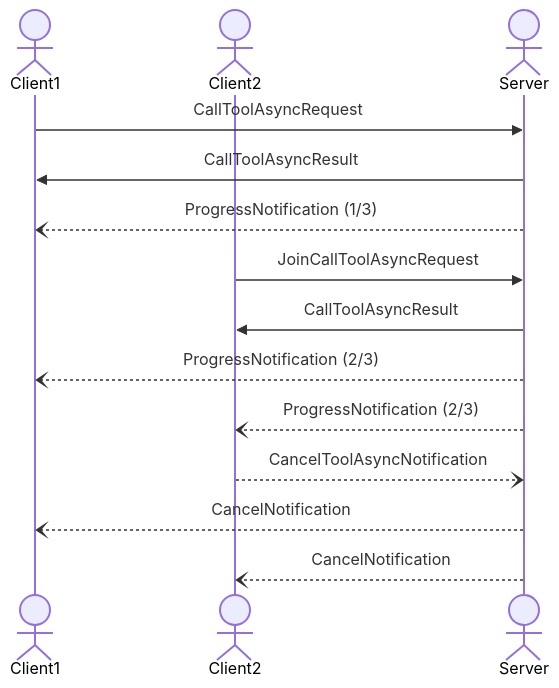
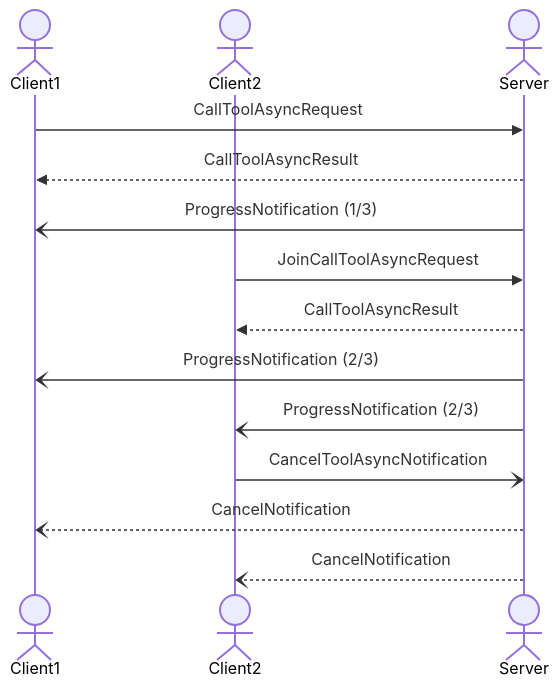
Before and after one commit to modelcontextprotocol/specification: the fourth of 4 diagrams in docs/specification/draft/basic/async.mdx, drawn with Mermaid. The commit also changed other lines of this file, not shown here.

Commit message:
add clarifying point about security to protocol requirements, also tweeked line style for mermaid diagrams for legibility

````diff
--- a/docs/specification/draft/basic/async.mdx
+++ b/docs/specification/draft/basic/async.mdx
@@ -83,16 +84,16 @@
 ```mermaid
 sequenceDiagram
         actor Client1
         actor Client2
         actor Server
         Client1->>Server: CallToolAsyncRequest
-        Server->>Client1: CallToolAsyncResult
-        Server--)Client1: ProgressNotification (1/3)
+        Server-->>Client1: CallToolAsyncResult
+        Server-)Client1: ProgressNotification (1/3)
         Client2->>Server: JoinCallToolAsyncRequest
-        Server->>Client2: CallToolAsyncResult
-        Server--)Client1: ProgressNotification (2/3)
-        Server--)Client2: ProgressNotification (2/3)
-        Client2--)Server: CancelToolAsyncNotification
+        Server-->>Client2: CallToolAsyncResult
+        Server-)Client1: ProgressNotification (2/3)
+        Server-)Client2: ProgressNotification (2/3)
+        Client2-)Server: CancelToolAsyncNotification
         Server--)Client1: CancelNotification
         Server--)Client2: CancelNotification
 ```
````
